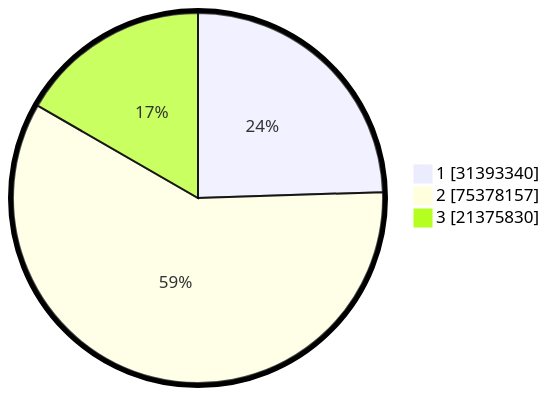
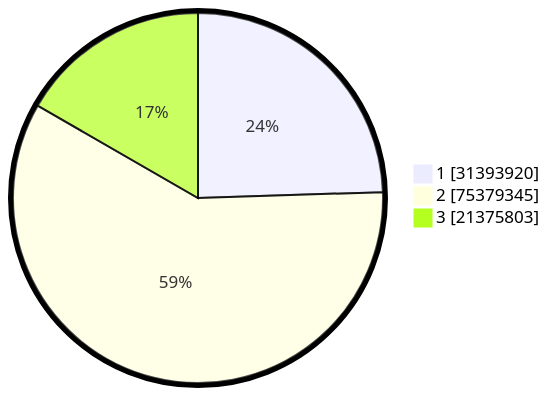
The second of 2 diagrams in pilpres/hitung-suara/README.md (gigit-pemilu/pemilu-2024), drawn with Mermaid before and after one commit. The commit also changed other lines of this file and 9 other files, not shown here.

````diff
--- a/pilpres/hitung-suara/README.md
+++ b/pilpres/hitung-suara/README.md
@@ -93,7 +93,7 @@
 ```mermaid
 %%{init: {"pie": {"textPosition": 0.5}, "themeVariables": {"pieOuterStrokeWidth": "5px"}} }%%
 pie showData
-    "1" : 31393340
-    "2" : 75378157
-    "3" : 21375830
+    "1" : 31393920
+    "2" : 75379345
+    "3" : 21375803
 ```
````
